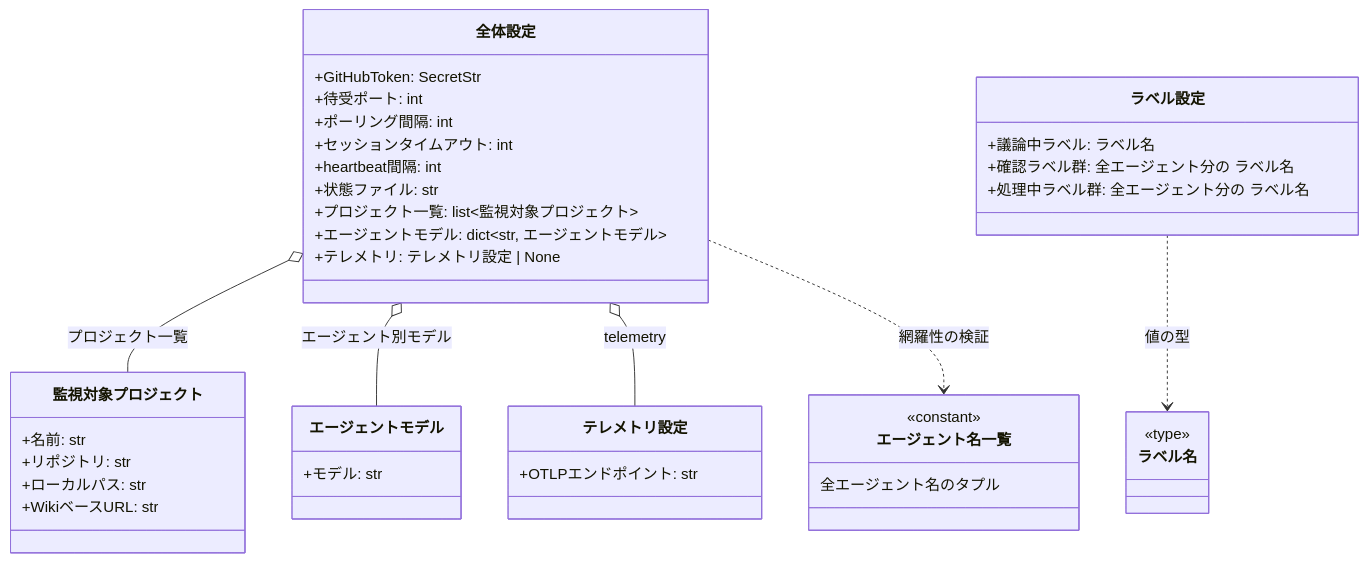
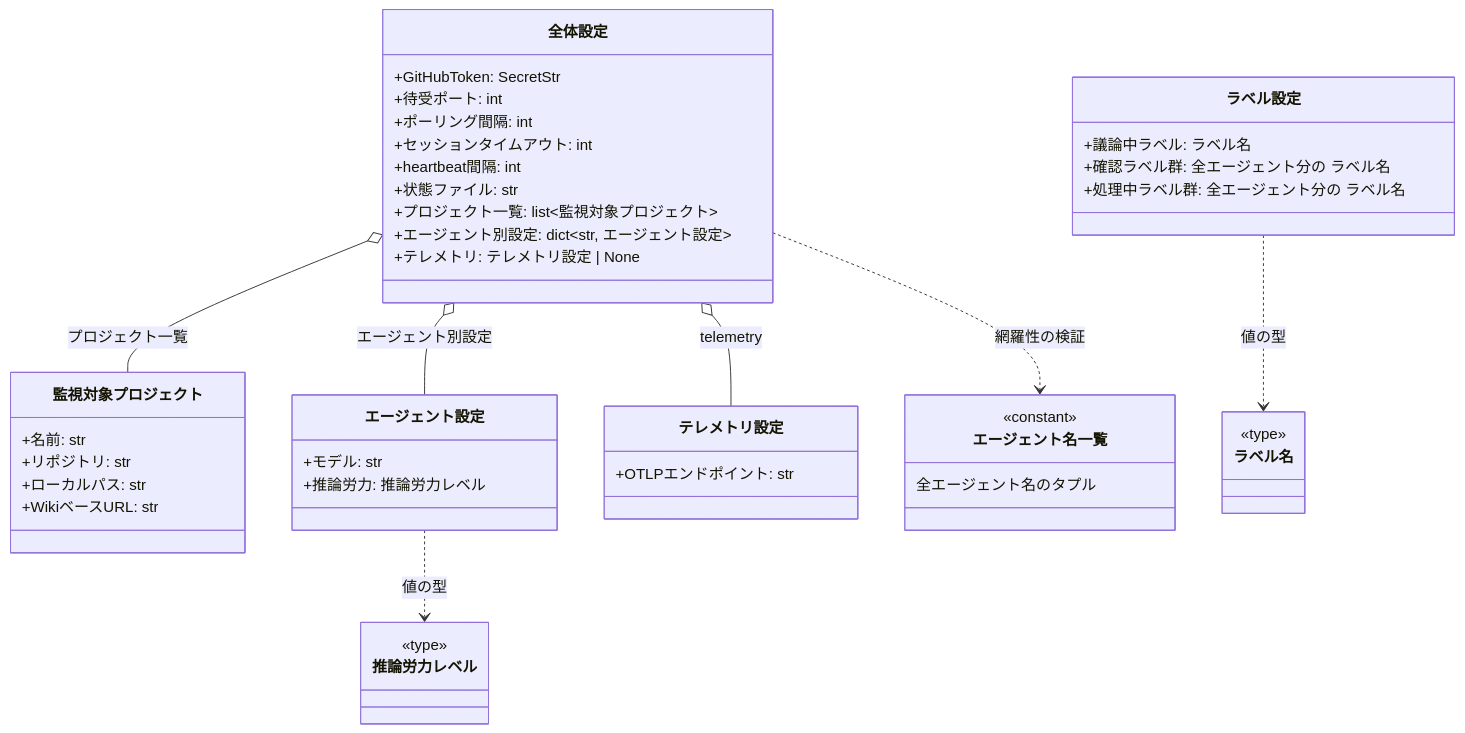
One commit to shuhei1101/ai-monitor changed the second of 5 diagrams in docs/wiki/設計図/モジュール構成/モニター/エージェント管理.py.md. Above: the diagram before and after it, drawn with Mermaid. The commit also changed other lines of this file and 22 other files, not shown here.

````diff
--- a/docs/wiki/設計図/モジュール構成/モニター/エージェント管理.py.md
+++ b/docs/wiki/設計図/モジュール構成/モニター/エージェント管理.py.md
@@ -103,53 +104,59 @@
 ```mermaid
 classDiagram
   direction TD
   全体設定 o-- 監視対象プロジェクト : プロジェクト一覧
-  全体設定 o-- エージェントモデル : エージェント別モデル
+  全体設定 o-- エージェント設定 : エージェント別設定
   全体設定 o-- テレメトリ設定 : telemetry
   全体設定 ..> エージェント名一覧 : 網羅性の検証
+  エージェント設定 ..> 推論労力レベル : 値の型
   ラベル設定 ..> ラベル名 : 値の型
 
   class 全体設定 {
     +GitHubToken: SecretStr
     +待受ポート: int
     +ポーリング間隔: int
     +セッションタイムアウト: int
     +heartbeat間隔: int
     +状態ファイル: str
     +プロジェクト一覧: list~監視対象プロジェクト~
-    +エージェントモデル: dict~str, エージェントモデル~
+    +エージェント別設定: dict~str, エージェント設定~
     +テレメトリ: テレメトリ設定 | None
   }
   class 監視対象プロジェクト {
     +名前: str
     +リポジトリ: str
     +ローカルパス: str
     +WikiベースURL: str
   }
-  class エージェントモデル {
+  class エージェント設定 {
     +モデル: str
+    +推論労力: 推論労力レベル
+  }
+  class 推論労力レベル {
+    <<type>>
   }
   class テレメトリ設定 {
     +OTLPエンドポイント: str
   }
   class エージェント名一覧 {
     <<constant>>
     全エージェント名のタプル
   }
   class ラベル設定 {
     +議論中ラベル: ラベル名
     +確認ラベル群: 全エージェント分の ラベル名
     +処理中ラベル群: 全エージェント分の ラベル名
   }
   class ラベル名 {
     <<type>>
   }
 
   click 全体設定 href "#全体設定"
   click 監視対象プロジェクト href "#監視対象プロジェクト"
-  click エージェントモデル href "#エージェントモデル"
+  click エージェント設定 href "#エージェント設定"
+  click 推論労力レベル href "#推論労力レベル"
   click テレメトリ設定 href "#テレメトリ設定"
   click エージェント名一覧 href "#エージェント名一覧"
   click ラベル設定 href "#ラベル設定"
   click ラベル名 href "#ラベル名"
 ```
````
